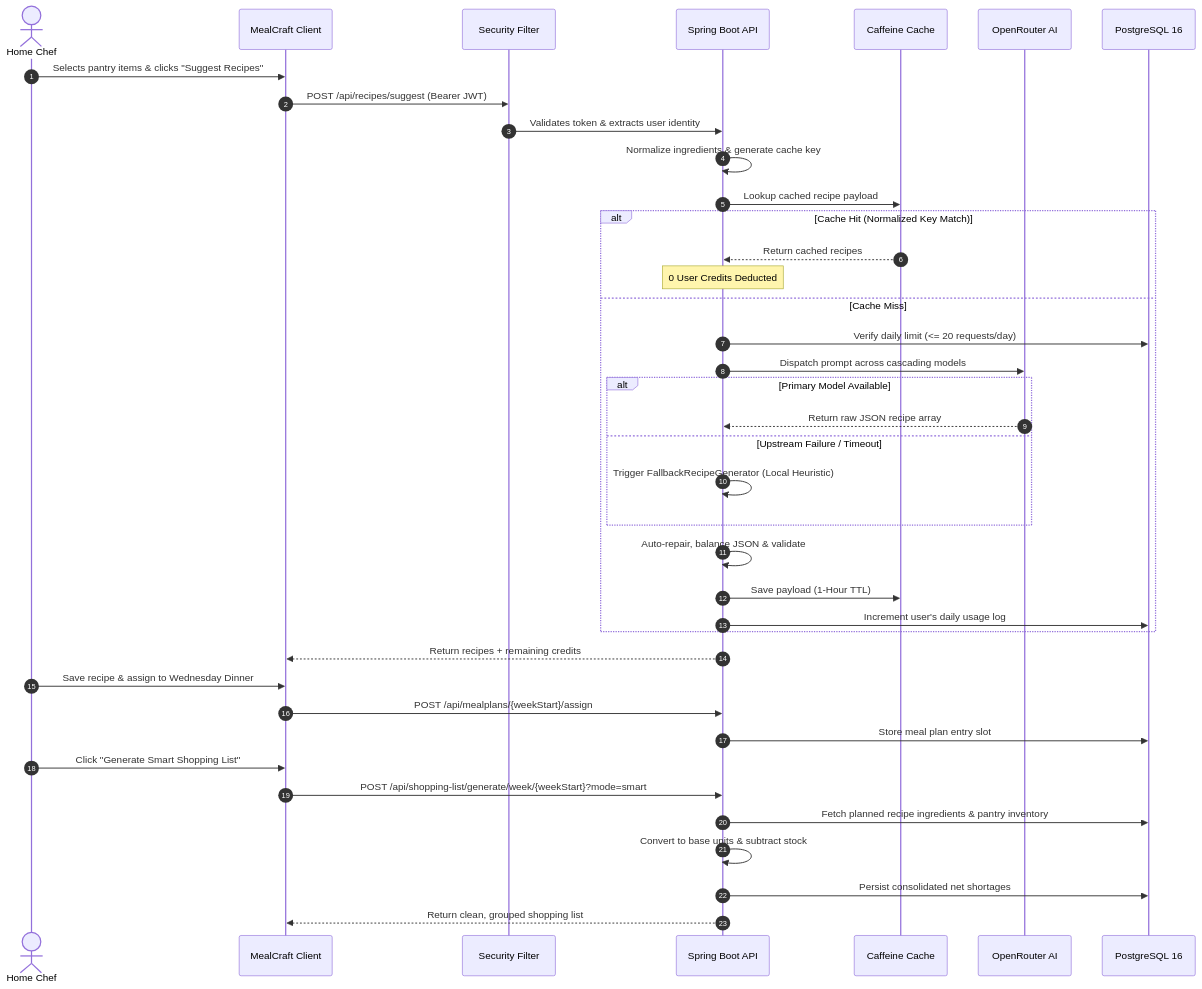
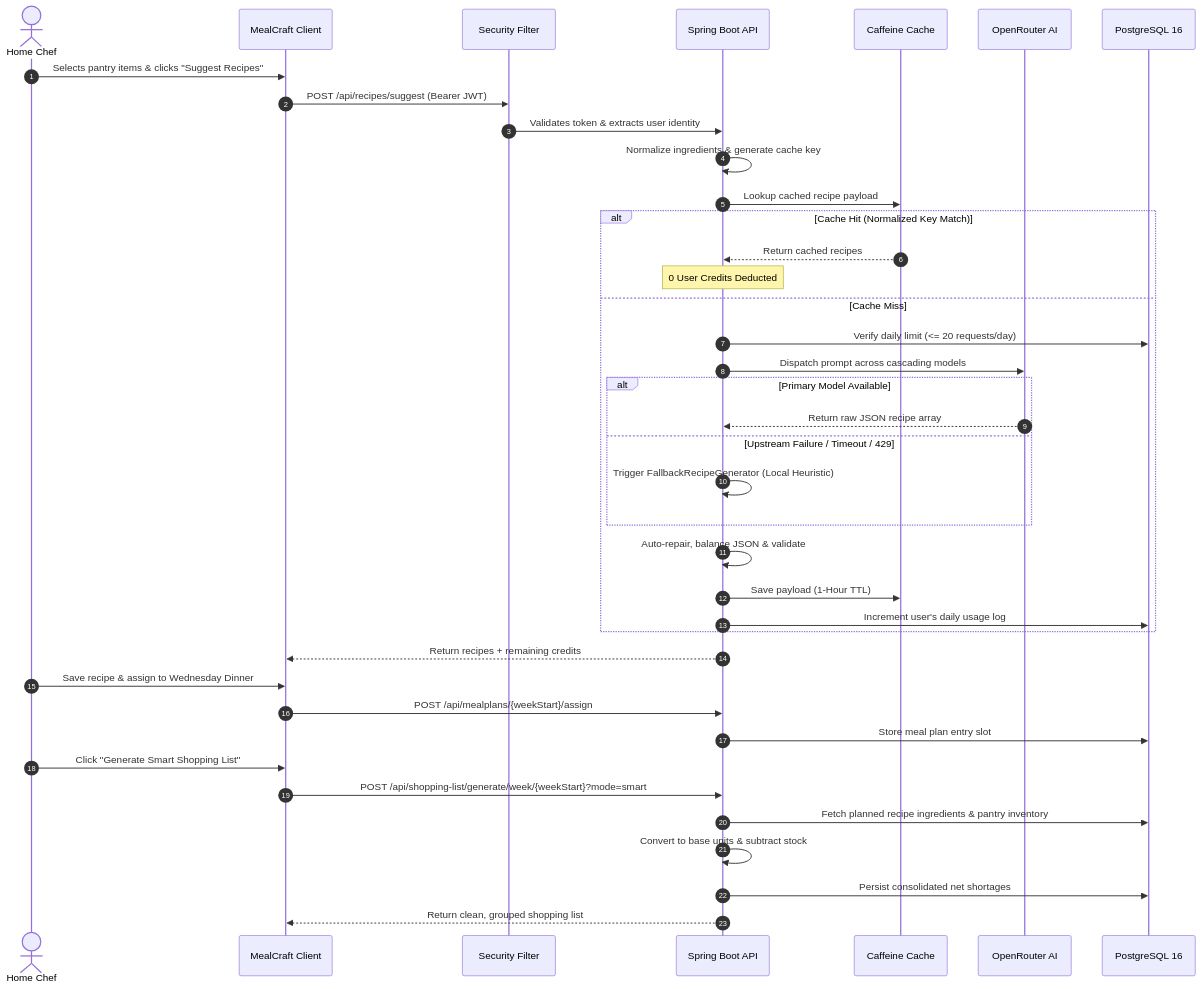
One commit to jayeshahir09/MealCraft changed the third of 5 diagrams in README.md. Above: the diagram before and after it, drawn with Mermaid. The commit also changed other lines of this file, not shown here.

First line of the commit message:
docs: update system architecture, end-to-end workflows, and test matrix in README

````diff
--- a/README.md
+++ b/README.md
@@ -181,45 +256,45 @@
 ```mermaid
 sequenceDiagram
     autonumber
     actor Chef as Home Chef
     participant UI as MealCraft Client
     participant Auth as Security Filter
     participant API as Spring Boot API
     participant Cache as Caffeine Cache
     participant AI as OpenRouter AI
     participant DB as PostgreSQL 16
 
     Chef->>UI: Selects pantry items & clicks "Suggest Recipes"
     UI->>Auth: POST /api/recipes/suggest (Bearer JWT)
     Auth->>API: Validates token & extracts user identity
     API->>API: Normalize ingredients & generate cache key
     API->>Cache: Lookup cached recipe payload
 
     alt Cache Hit (Normalized Key Match)
         Cache-->>API: Return cached recipes
         Note over API: 0 User Credits Deducted
     else Cache Miss
         API->>DB: Verify daily limit (<= 20 requests/day)
         API->>AI: Dispatch prompt across cascading models
         alt Primary Model Available
             AI-->>API: Return raw JSON recipe array
-        else Upstream Failure / Timeout
+        else Upstream Failure / Timeout / 429
             API->>API: Trigger FallbackRecipeGenerator (Local Heuristic)
         end
         API->>API: Auto-repair, balance JSON & validate
         API->>Cache: Save payload (1-Hour TTL)
         API->>DB: Increment user's daily usage log
     end
 
     API-->>UI: Return recipes + remaining credits
     Chef->>UI: Save recipe & assign to Wednesday Dinner
     UI->>API: POST /api/mealplans/{weekStart}/assign
     API->>DB: Store meal plan entry slot
 
     Chef->>UI: Click "Generate Smart Shopping List"
     UI->>API: POST /api/shopping-list/generate/week/{weekStart}?mode=smart
     API->>DB: Fetch planned recipe ingredients & pantry inventory
     API->>API: Convert to base units & subtract stock
     API->>DB: Persist consolidated net shortages
     API-->>UI: Return clean, grouped shopping list
 ```
````
